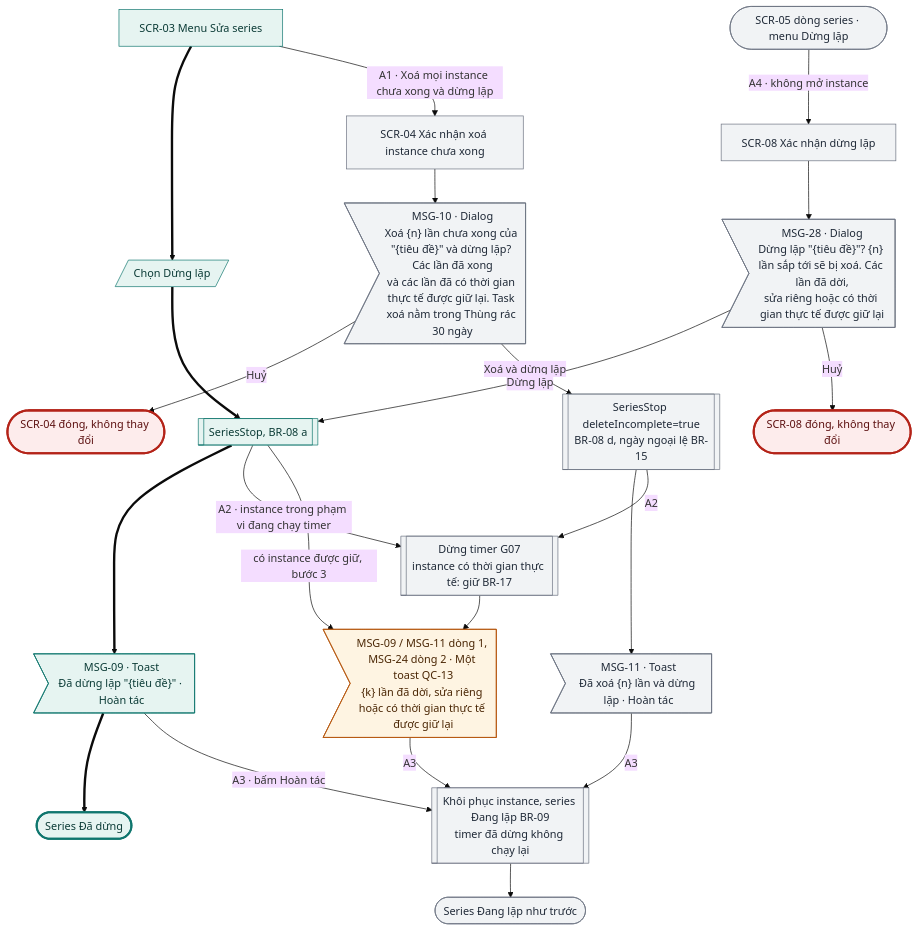
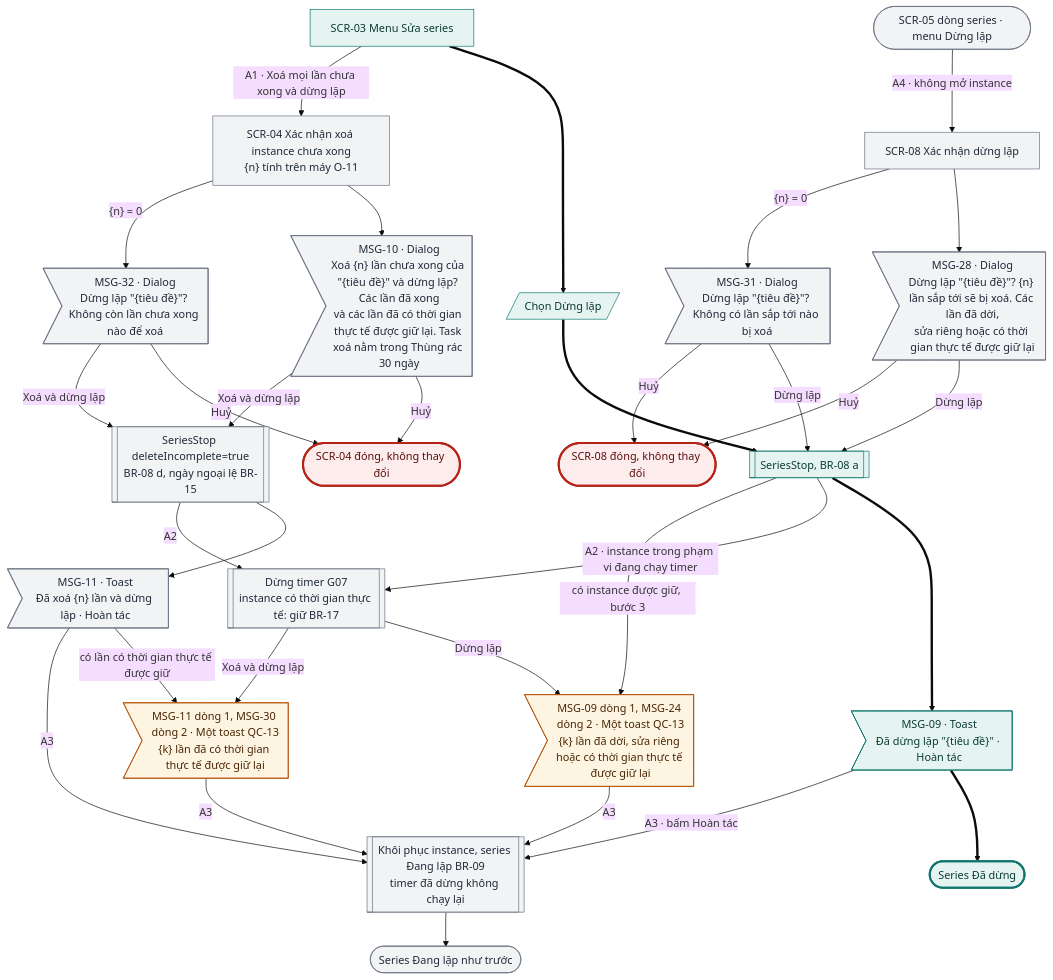
Diagram 13 of 19 in docs/design-brief/flow/g03-task-lap-lai.md (tannguyenho/personal-app), drawn with Mermaid (base theme) before and after one commit. The commit also changed other lines of this file and 8 other files, not shown here.

````diff
--- a/docs/design-brief/flow/g03-task-lap-lai.md
+++ b/docs/design-brief/flow/g03-task-lap-lai.md
@@ -534,42 +546,51 @@
 ```mermaid
 flowchart TD
   s1["SCR-03 Menu Sửa series"]
   u1[/"Chọn Dừng lặp"/]
   p1[["SeriesStop, BR-08 a"]]
   m1>"MSG-09 · Toast<br/>Đã dừng lặp #quot;{tiêu đề}#quot; · Hoàn tác"]
   ok(["Series Đã dừng"])
   s1 ==> u1 ==> p1 ==> m1 ==> ok
 
-  s1 -->|"A1 · Xoá mọi instance chưa xong và dừng lặp"| a1["SCR-04 Xác nhận xoá instance chưa xong"]
+  s1 -->|"A1 · Xoá mọi lần chưa xong và dừng lặp"| a1["SCR-04 Xác nhận xoá instance chưa xong<br/>{n} tính trên máy O-11"]
   a1 --> a1m>"MSG-10 · Dialog<br/>Xoá {n} lần chưa xong của #quot;{tiêu đề}#quot; và dừng lặp? Các lần đã xong<br/>và các lần đã có thời gian thực tế được giữ lại. Task xoá nằm trong Thùng rác 30 ngày"]
   a1m -->|"Huỷ"| a1c(["SCR-04 đóng, không thay đổi"])
+  a1 -->|"{n} = 0"| a1z>"MSG-32 · Dialog<br/>Dừng lặp #quot;{tiêu đề}#quot;? Không còn lần chưa xong nào để xoá"]
+  a1z -->|"Huỷ"| a1c
+  a1z -->|"Xoá và dừng lặp"| a1p
   a1m -->|"Xoá và dừng lặp"| a1p[["SeriesStop deleteIncomplete=true<br/>BR-08 d, ngày ngoại lệ BR-15"]]
   a1p --> a1t>"MSG-11 · Toast<br/>Đã xoá {n} lần và dừng lặp · Hoàn tác"]
   p1 -->|"A2 · instance trong phạm vi đang chạy timer"| a2[["Dừng timer G07<br/>instance có thời gian thực tế: giữ BR-17"]]
   a1p -->|"A2"| a2
-  a2 --> a2m>"MSG-09 / MSG-11 dòng 1, MSG-24 dòng 2 · Một toast QC-13<br/>{k} lần đã dời, sửa riêng hoặc có thời gian thực tế được giữ lại"]
+  a2 -->|"Dừng lặp"| a2m>"MSG-09 dòng 1, MSG-24 dòng 2 · Một toast QC-13<br/>{k} lần đã dời, sửa riêng hoặc có thời gian thực tế được giữ lại"]
+  a2 -->|"Xoá và dừng lặp"| a2n>"MSG-11 dòng 1, MSG-30 dòng 2 · Một toast QC-13<br/>{k} lần đã có thời gian thực tế được giữ lại"]
+  a1t -->|"có lần có thời gian thực tế được giữ"| a2n
   p1 -->|"có instance được giữ, bước 3"| a2m
   m1 -->|"A3 · bấm Hoàn tác"| a3[["Khôi phục instance, series Đang lặp BR-09<br/>timer đã dừng không chạy lại"]]
   a1t -->|"A3"| a3
   a2m -->|"A3"| a3
+  a2n -->|"A3"| a3
   a3 --> a3e(["Series Đang lặp như trước"])
   a4s(["SCR-05 dòng series · menu Dừng lặp"]) -->|"A4 · không mở instance"| a4["SCR-08 Xác nhận dừng lặp"]
   a4 --> a4m>"MSG-28 · Dialog<br/>Dừng lặp #quot;{tiêu đề}#quot;? {n} lần sắp tới sẽ bị xoá. Các lần đã dời,<br/>sửa riêng hoặc có thời gian thực tế được giữ lại"]
   a4m -->|"Dừng lặp"| p1
   a4m -->|"Huỷ"| a4c(["SCR-08 đóng, không thay đổi"])
+  a4 -->|"{n} = 0"| a4z>"MSG-31 · Dialog<br/>Dừng lặp #quot;{tiêu đề}#quot;? Không có lần sắp tới nào bị xoá"]
+  a4z -->|"Dừng lặp"| p1
+  a4z -->|"Huỷ"| a4c
 
   class s1,u1,p1,m1 happy
-  class a1,a1m,a1p,a1t,a2,a3,a3e,a4s,a4,a4m alt
-  class a2m warn
+  class a1,a1m,a1p,a1t,a1z,a2,a3,a3e,a4s,a4,a4m,a4z alt
+  class a2m,a2n warn
   class ok done
   class a1c,a4c fail
   classDef happy fill:#E6F4F1,stroke:#0F766E,color:#0B3B36
   classDef alt fill:#F1F3F5,stroke:#6B7280,color:#1F2937
   classDef err fill:#FDECEC,stroke:#B42318,color:#5C1010
   classDef warn fill:#FEF4E2,stroke:#B45309,color:#4A2604
   classDef ai fill:#F1ECFD,stroke:#6D28D9,color:#2E1065
   classDef sync fill:#FFFFFF,stroke:#6B7280,stroke-dasharray:4 3,color:#1F2937
   classDef link fill:#FFFFFF,stroke:#0F766E,stroke-dasharray:4 3,color:#0B3B36
   classDef done fill:#E6F4F1,stroke:#0F766E,stroke-width:3px,color:#0B3B36
   classDef fail fill:#FDECEC,stroke:#B42318,stroke-width:3px,color:#5C1010
 ```
````
